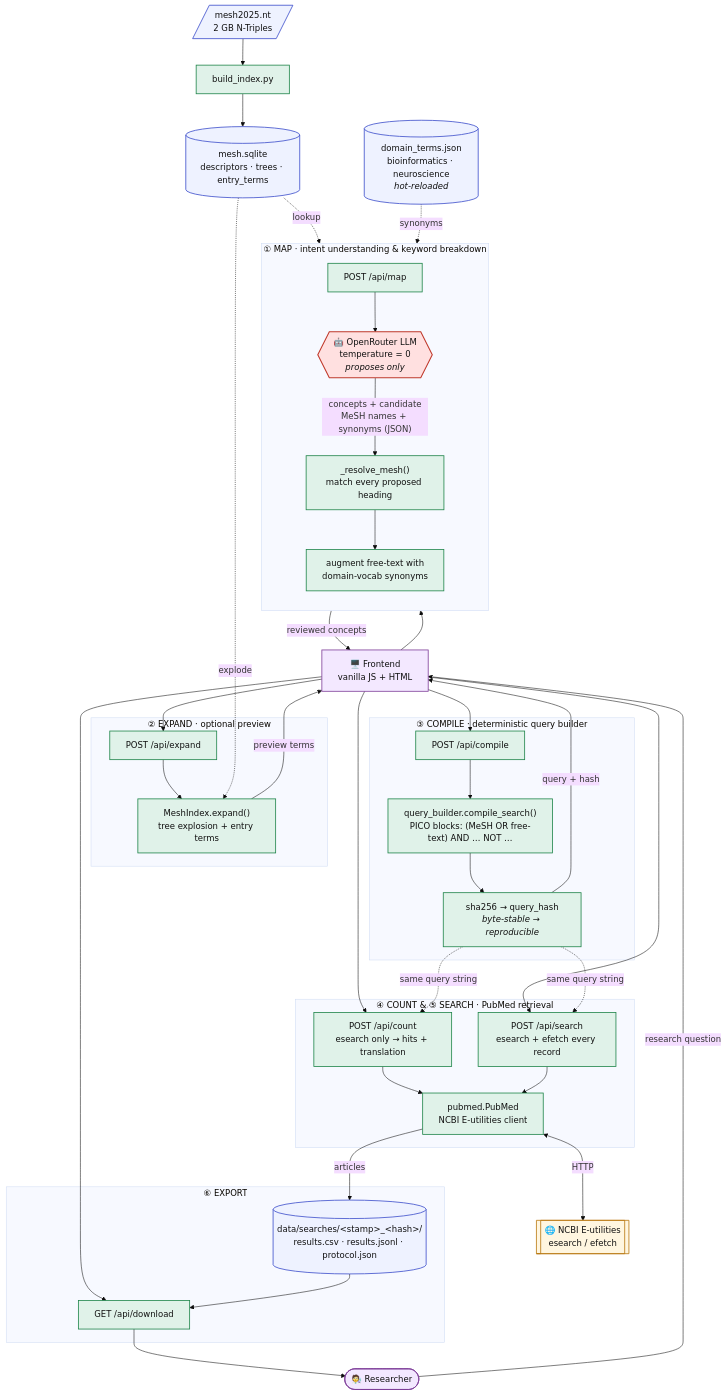
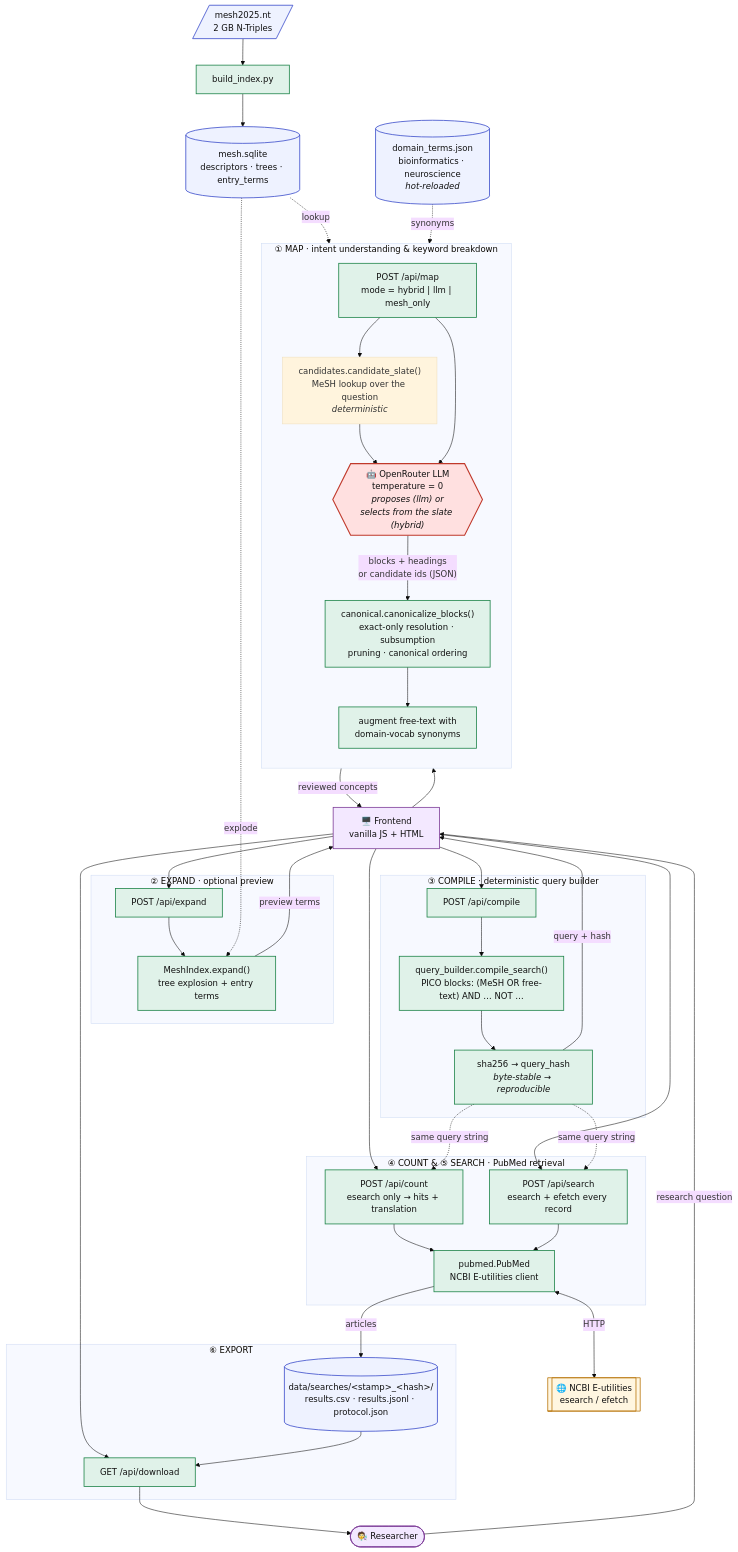
The first of 14 diagrams in docs/architecture.md (RashiTinkX/search-strategy-generator), drawn with Mermaid (base theme) before and after one commit. The commit also changed other lines of this file and 18 other files, not shown here.

First line of the commit message:
Cross-model determinism: canonical layer, hybrid strategy, prompt v2

```diff
--- a/docs/architecture.md
+++ b/docs/architecture.md
@@ -13,11 +13,14 @@
     %% ---------------- Step 1: MAP (the only non-deterministic hop) ----------------
     subgraph S1["① MAP  ·  intent understanding & keyword breakdown"]
         direction TB
-        MAP["POST /api/map"]
-        LLM{{"🤖 OpenRouter LLM<br/>temperature = 0<br/><i>proposes only</i>"}}
-        RES["_resolve_mesh()<br/>match every proposed heading"]
+        MAP["POST /api/map<br/>mode = hybrid | llm | mesh_only"]
+        SLATE["candidates.candidate_slate()<br/>MeSH lookup over the question<br/><i>deterministic</i>"]
+        LLM{{"🤖 OpenRouter LLM<br/>temperature = 0<br/><i>proposes (llm) or<br/>selects from the slate (hybrid)</i>"}}
+        RES["canonical.canonicalize_blocks()<br/>exact-only resolution · subsumption<br/>pruning · canonical ordering"]
         AUG["augment free-text with<br/>domain-vocab synonyms"]
-        MAP --> LLM -->|"concepts + candidate<br/>MeSH names + synonyms (JSON)"| RES --> AUG
+        MAP --> SLATE --> LLM
+        MAP --> LLM
+        LLM -->|"blocks + headings<br/>or candidate ids (JSON)"| RES --> AUG
     end
 
     %% ---------------- Step 2: EXPAND (preview) ----------------
```
